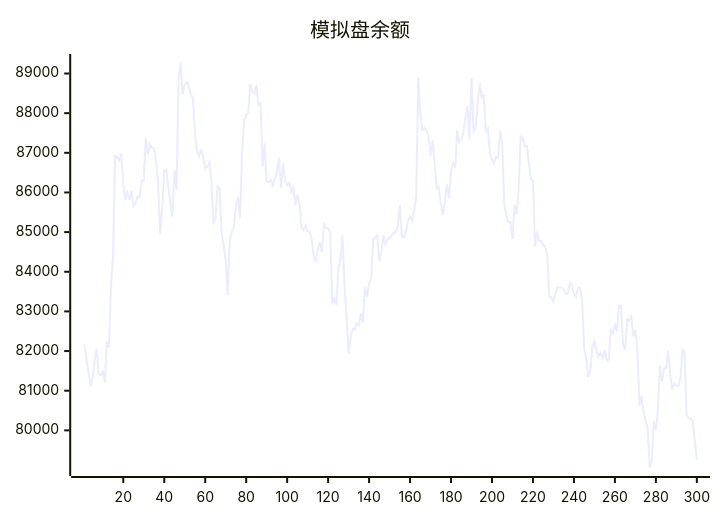
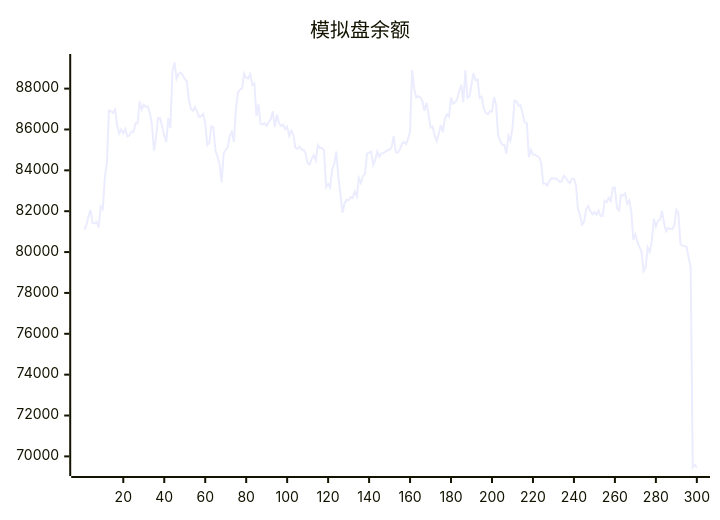
One commit to aahl/ai-trading changed the diagram in README.md. Above: the diagram before and after it, drawn with Mermaid. The commit also changed other lines of this file and 1 other file, not shown here.

````diff
--- a/README.md
+++ b/README.md
@@ -5,5 +5,5 @@
 ```mermaid
 xychart
     title "模拟盘余额"
-    line [82167,81795,81466,81105,81315,81756,82064,81426,81398,81481,81210,82242,82099,83658,84359,86925,86892,86814,86980,86203,85802,86003,85811,86028,85657,85721,85896,85880,86300,86299,87378,86965,87214,87115,87118,86780,86238,84966,85623,86555,86562,86129,85722,85387,86569,86070,88870,89278,88477,88720,88781,88668,88467,88372,87493,87018,86917,87102,86870,86613,86644,86758,86317,85242,85334,86149,86106,84968,84671,84302,83410,84816,85001,85127,85693,85891,85384,87001,87811,87945,88007,88734,88528,88495,88705,88189,88248,86662,87234,86279,86251,86314,86177,86364,86503,86886,86114,86731,86310,86176,86240,86017,86136,85685,85938,85749,85111,85044,85164,85016,85008,84824,84354,84287,84572,84745,84500,85234,85096,85095,84970,83180,83338,83157,84070,84309,84922,83667,82850,81924,82369,82552,82539,82695,82648,82962,82728,83619,83378,83710,83825,84819,84854,84917,84265,84527,84919,84668,84834,84850,84916,84981,85004,85131,85674,84891,84864,85019,85284,85393,85294,85538,85894,88904,88012,87567,87625,87568,87386,86920,87313,86737,86094,86143,85725,85437,85787,86219,85859,86526,86740,86630,87563,87264,87335,87483,87886,88180,87335,88894,87544,87608,88207,88755,88401,88444,87543,87608,87000,86810,86740,86894,86884,87576,87209,85686,85435,85251,85255,84820,85689,85453,86066,87420,87373,87161,87178,86740,86341,86315,84643,85012,84772,84768,84690,84635,84376,83360,83357,83259,83474,83608,83606,83602,83548,83440,83454,83724,83644,83464,83365,83590,83592,83275,82072,81806,81344,81492,82109,82254,82006,81848,81955,81829,82022,81769,81776,82522,82441,82656,82498,83144,83144,82150,82038,82797,82763,82872,82367,82536,81981,80612,80862,80484,80242,80034,79063,79245,80226,80016,80507,81625,81233,81544,81578,82016,81401,81019,81186,81130,81118,81306,82066,81909,80392,80304,80291,80258,79729,79261]
+    line [81105,81315,81756,82064,81426,81398,81481,81210,82242,82099,83658,84359,86925,86892,86814,86980,86203,85802,86003,85811,86028,85657,85721,85896,85880,86300,86299,87378,86965,87214,87115,87118,86780,86238,84966,85623,86555,86562,86129,85722,85387,86569,86070,88870,89278,88477,88720,88781,88668,88467,88372,87493,87018,86917,87102,86870,86613,86644,86758,86317,85242,85334,86149,86106,84968,84671,84302,83410,84816,85001,85127,85693,85891,85384,87001,87811,87945,88007,88734,88528,88495,88705,88189,88248,86662,87234,86279,86251,86314,86177,86364,86503,86886,86114,86731,86310,86176,86240,86017,86136,85685,85938,85749,85111,85044,85164,85016,85008,84824,84354,84287,84572,84745,84500,85234,85096,85095,84970,83180,83338,83157,84070,84309,84922,83667,82850,81924,82369,82552,82539,82695,82648,82962,82728,83619,83378,83710,83825,84819,84854,84917,84265,84527,84919,84668,84834,84850,84916,84981,85004,85131,85674,84891,84864,85019,85284,85393,85294,85538,85894,88904,88012,87567,87625,87568,87386,86920,87313,86737,86094,86143,85725,85437,85787,86219,85859,86526,86740,86630,87563,87264,87335,87483,87886,88180,87335,88894,87544,87608,88207,88755,88401,88444,87543,87608,87000,86810,86740,86894,86884,87576,87209,85686,85435,85251,85255,84820,85689,85453,86066,87420,87373,87161,87178,86740,86341,86315,84643,85012,84772,84768,84690,84635,84376,83360,83357,83259,83474,83608,83606,83602,83548,83440,83454,83724,83644,83464,83365,83590,83592,83275,82072,81806,81344,81492,82109,82254,82006,81848,81955,81829,82022,81769,81776,82522,82441,82656,82498,83144,83144,82150,82038,82797,82763,82872,82367,82536,81981,80612,80862,80484,80242,80034,79063,79245,80226,80016,80507,81625,81233,81544,81578,82016,81401,81019,81186,81130,81118,81306,82066,81909,80392,80304,80291,80258,79729,79261,69466,69579,69456]
 ```
````
